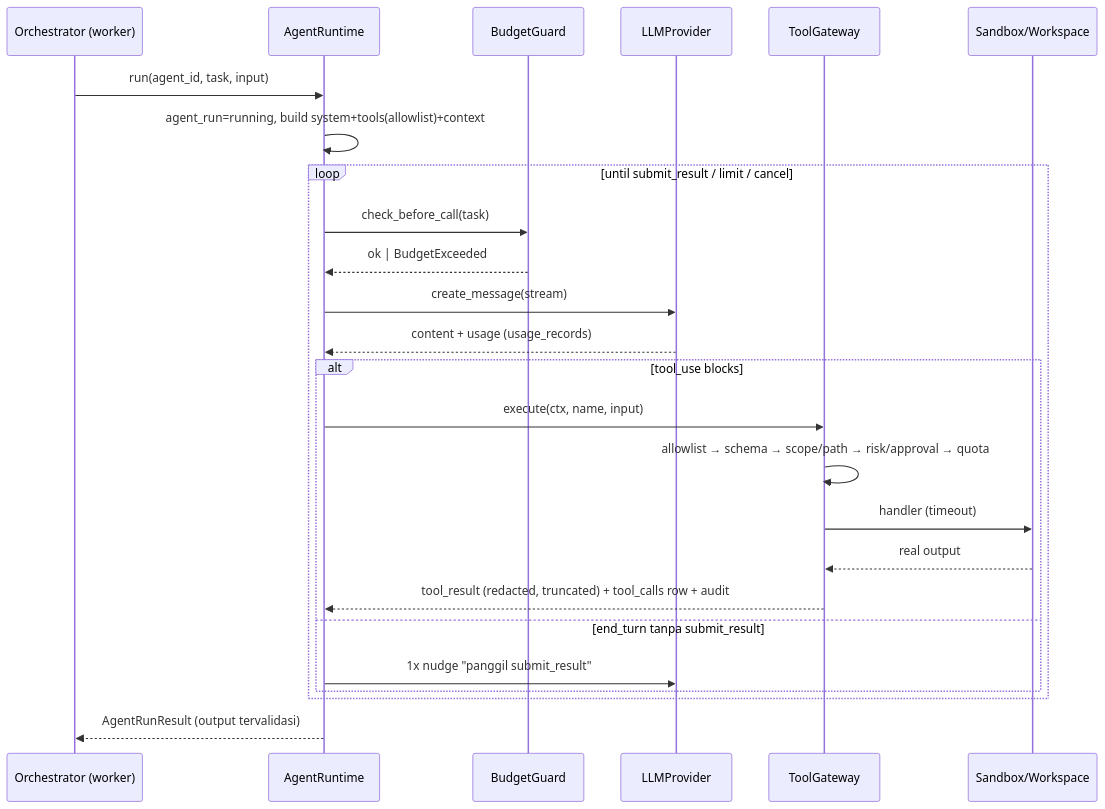
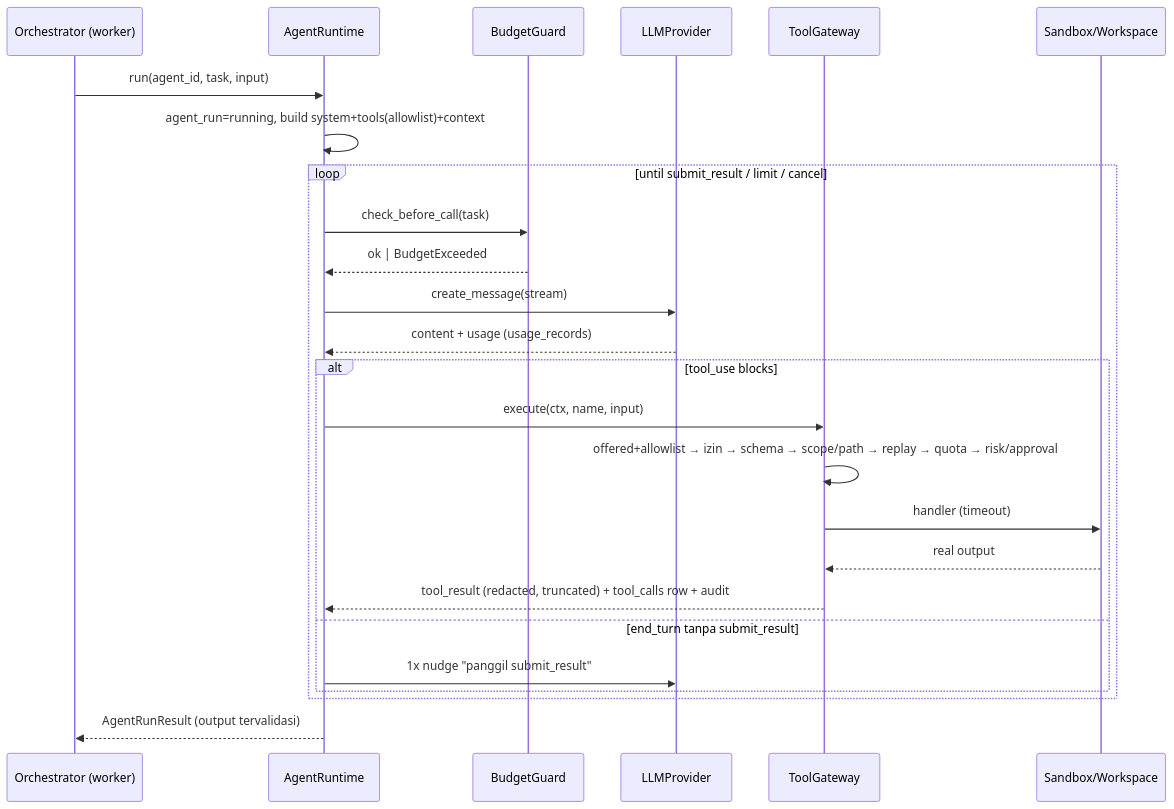
Before and after one commit to YosiaGalih/IDEE-Application: the fourth of 4 diagrams in docs/ARCHITECTURE.md, drawn with Mermaid. The commit also changed other lines of this file and 9 other files, not shown here.

````diff
--- a/docs/ARCHITECTURE.md
+++ b/docs/ARCHITECTURE.md
@@ -366,27 +372,27 @@
 ```mermaid
 sequenceDiagram
   participant O as Orchestrator (worker)
   participant R as AgentRuntime
   participant B as BudgetGuard
   participant P as LLMProvider
   participant G as ToolGateway
   participant S as Sandbox/Workspace
   O->>R: run(agent_id, task, input)
   R->>R: agent_run=running, build system+tools(allowlist)+context
   loop until submit_result / limit / cancel
     R->>B: check_before_call(task)
     B-->>R: ok | BudgetExceeded
     R->>P: create_message(stream)
     P-->>R: content + usage (usage_records)
     alt tool_use blocks
       R->>G: execute(ctx, name, input)
-      G->>G: allowlist → schema → scope/path → risk/approval → quota
+      G->>G: offered+allowlist → izin → schema → scope/path → replay → quota → risk/approval
       G->>S: handler (timeout)
       S-->>G: real output
       G-->>R: tool_result (redacted, truncated) + tool_calls row + audit
     else end_turn tanpa submit_result
       R->>P: 1x nudge "panggil submit_result"
     end
   end
   R-->>O: AgentRunResult (output tervalidasi)
 ```
````
